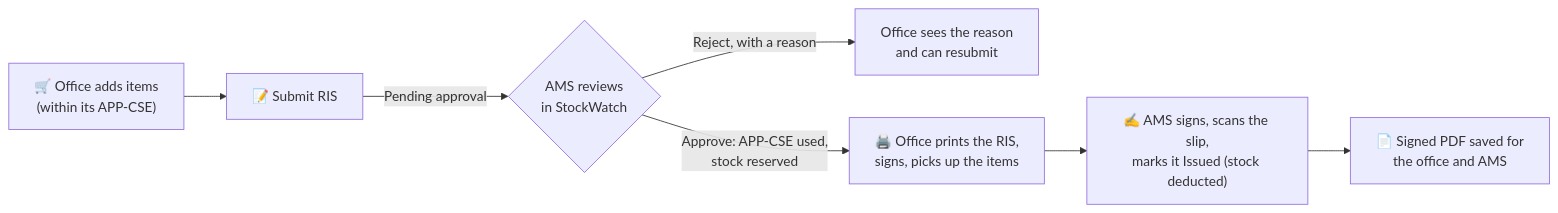
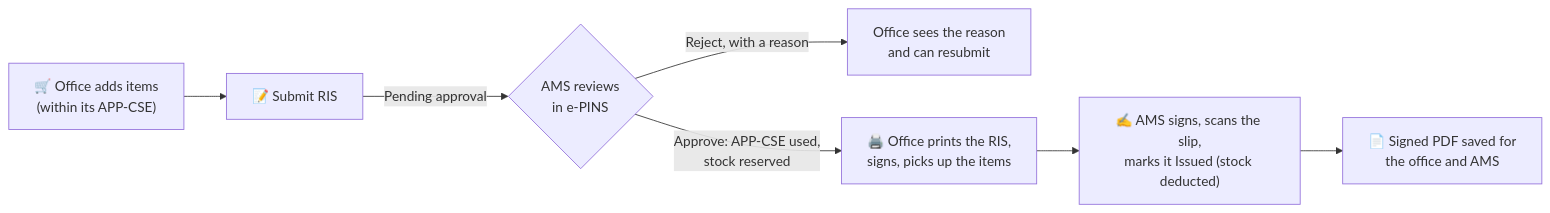
The diagram in README.md (Oshinobi-obi/AMS_Shopee), drawn with Mermaid before and after one commit. The commit also changed other lines of this file and 137 other files, not shown here.

````diff
--- a/README.md
+++ b/README.md
@@ -74,9 +74,9 @@
 ```mermaid
 flowchart LR
     A["🛒 Office adds items<br/>(within its APP-CSE)"] --> B["📝 Submit RIS"]
-    B -->|Pending approval| C{"AMS reviews<br/>in StockWatch"}
+    B -->|Pending approval| C{"AMS reviews<br/>in e-PINS"}
     C -->|"Reject, with a reason"| R["Office sees the reason<br/>and can resubmit"]
     C -->|"Approve: APP-CSE used,<br/>stock reserved"| D["🖨️ Office prints the RIS,<br/>signs, picks up the items"]
     D --> E["✍️ AMS signs, scans the slip,<br/>marks it Issued (stock deducted)"]
     E --> F["📄 Signed PDF saved for<br/>the office and AMS"]
 ```
````
